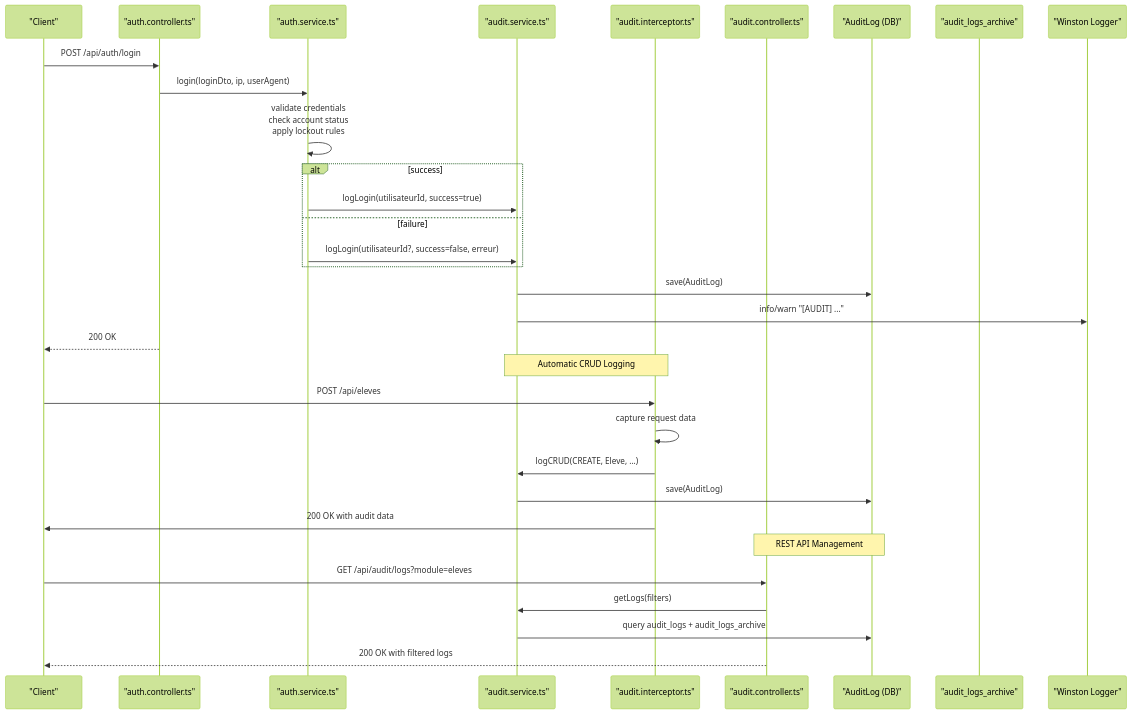
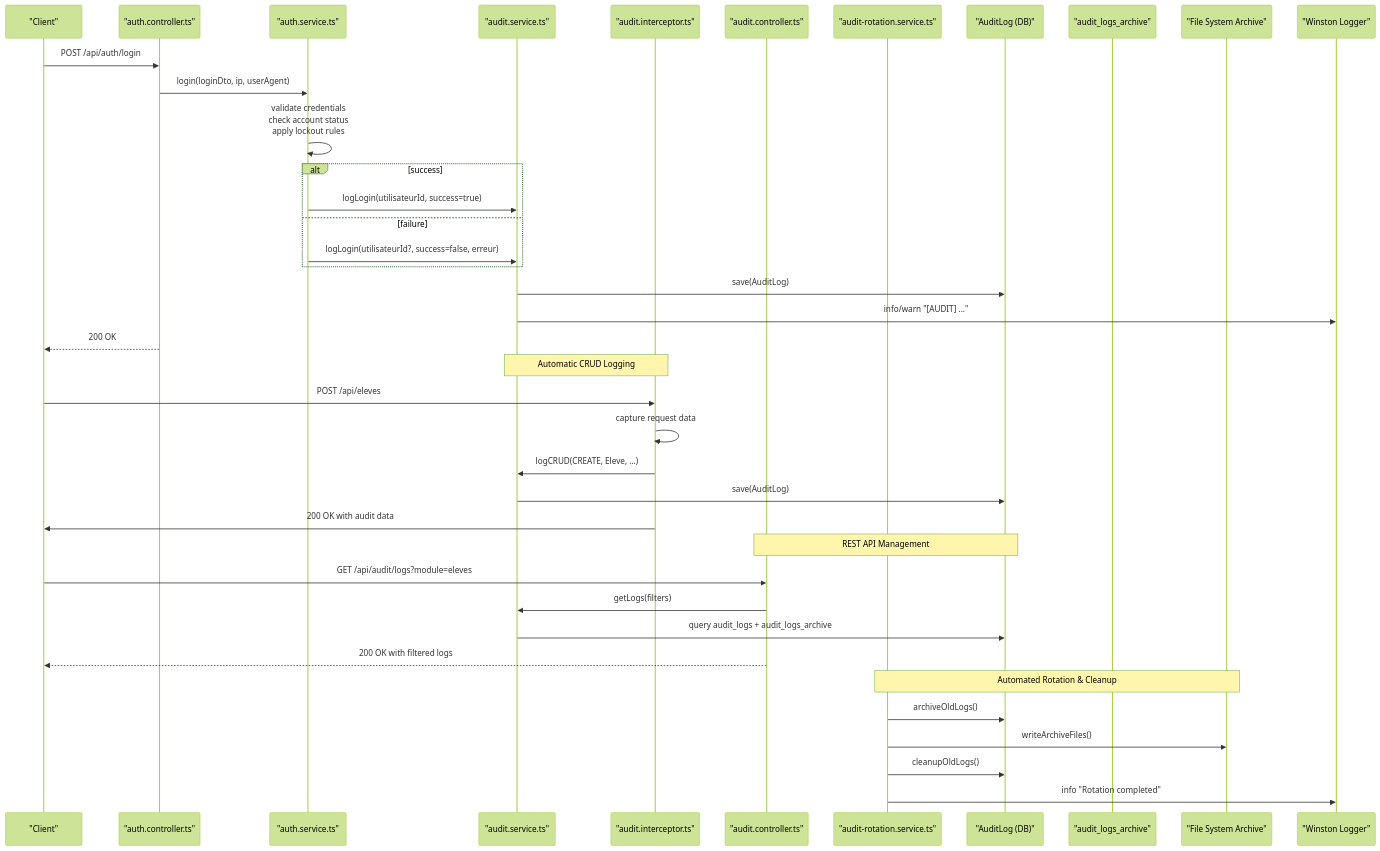
One commit to franckylab/eLISAschool changed the second of 13 diagrams in .qoder/repowiki/en/content/Authentication & Authorization/Audit Logging & Monitoring.md. Above: the diagram before and after it, drawn with Mermaid (forest theme). The commit also changed other lines of this file and 174 other files, not shown here.

````diff
--- a/.qoder/repowiki/en/content/Authentication & Authorization/Audit Logging & Monitoring.md
+++ b/.qoder/repowiki/en/content/Authentication & Authorization/Audit Logging & Monitoring.md
@@ -180,34 +201,41 @@
 ```mermaid
 sequenceDiagram
 participant Client as "Client"
 participant AuthCtrl as "auth.controller.ts"
 participant AuthService as "auth.service.ts"
 participant AuditSvc as "audit.service.ts"
 participant AuditInt as "audit.interceptor.ts"
 participant AuditCtrl as "audit.controller.ts"
+participant AuditRot as "audit-rotation.service.ts"
 participant DB as "AuditLog (DB)"
 participant ArchiveDB as "audit_logs_archive"
+participant FileSystem as "File System Archive"
 participant Logger as "Winston Logger"
 Client->>AuthCtrl : POST /api/auth/login
 AuthCtrl->>AuthService : login(loginDto, ip, userAgent)
 AuthService->>AuthService : validate credentials<br/>check account status<br/>apply lockout rules
 alt success
 AuthService->>AuditSvc : logLogin(utilisateurId, success=true)
 else failure
 AuthService->>AuditSvc : logLogin(utilisateurId?, success=false, erreur)
 end
 AuditSvc->>DB : save(AuditLog)
 AuditSvc->>Logger : info/warn "[AUDIT] ..."
 AuthCtrl-->>Client : 200 OK
 Note over AuditInt,AuditSvc : Automatic CRUD Logging
 Client->>AuditInt : POST /api/eleves
 AuditInt->>AuditInt : capture request data
 AuditInt->>AuditSvc : logCRUD(CREATE, Eleve, ...)
 AuditSvc->>DB : save(AuditLog)
 AuditInt->>Client : 200 OK with audit data
 Note over AuditCtrl,DB : REST API Management
 Client->>AuditCtrl : GET /api/audit/logs?module=eleves
 AuditCtrl->>AuditSvc : getLogs(filters)
 AuditSvc->>DB : query audit_logs + audit_logs_archive
 AuditCtrl-->>Client : 200 OK with filtered logs
+Note over AuditRot,FileSystem : Automated Rotation & Cleanup
+AuditRot->>DB : archiveOldLogs()
+AuditRot->>FileSystem : writeArchiveFiles()
+AuditRot->>DB : cleanupOldLogs()
+AuditRot->>Logger : info "Rotation completed"
 ```
````
